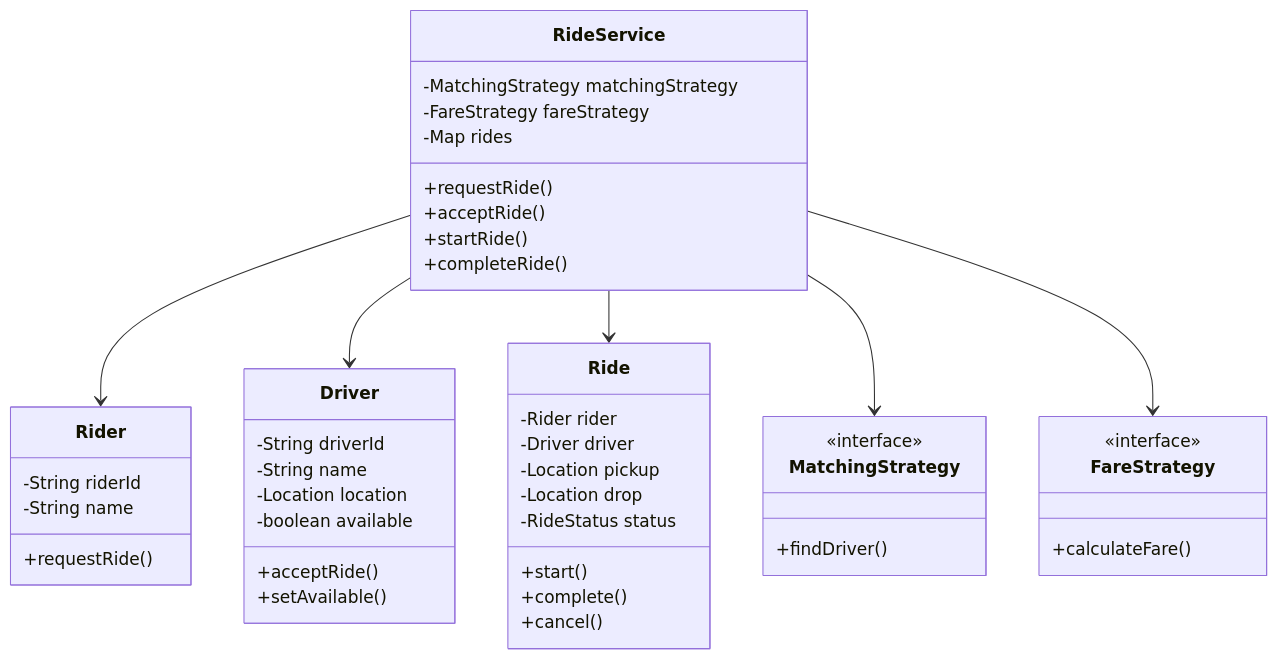
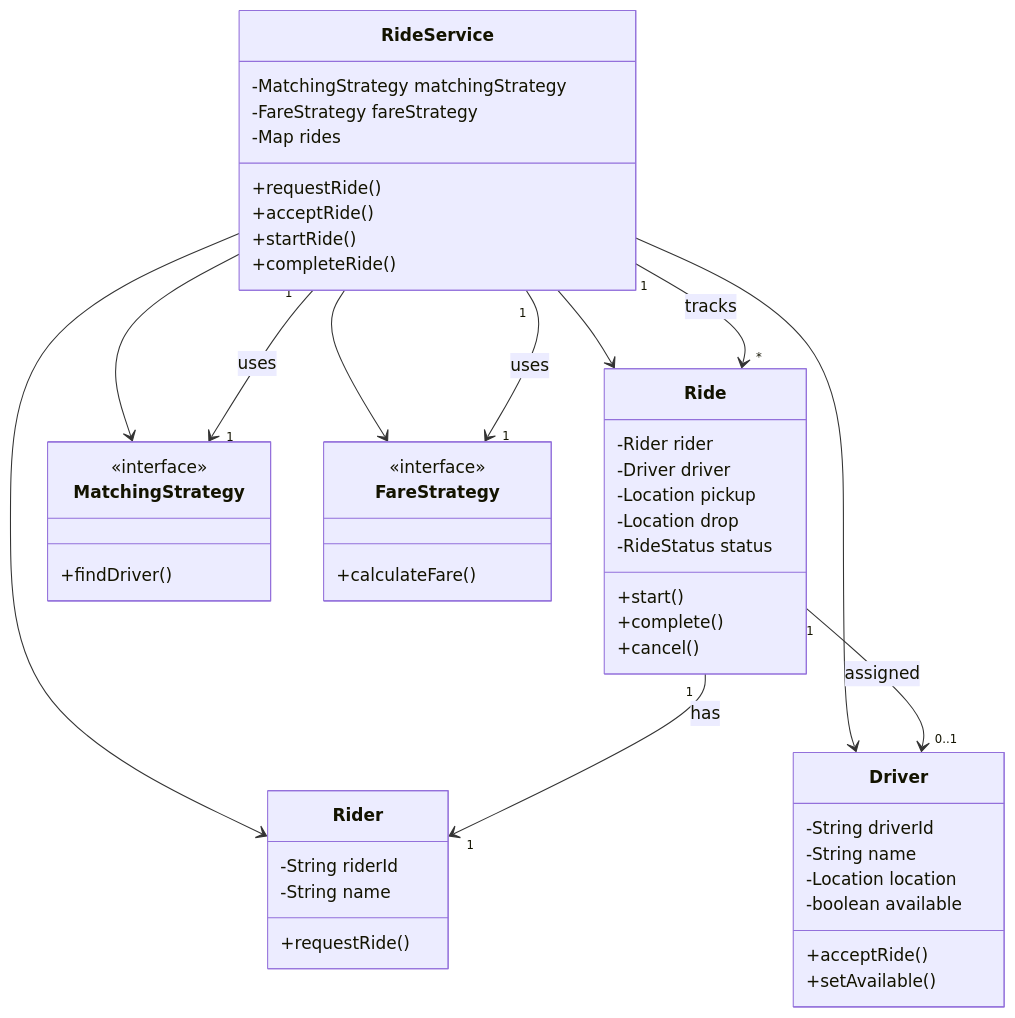
One commit to mthaiseer/springcloud-systemdesign-notes changed diagram 16 of 19 in LLD_NOTES/lld_visual_java_reference_mermaid_full_implementation.md. Above: the diagram before and after it, drawn with Mermaid. The commit also changed other lines of this file, not shown here.

````diff
--- a/LLD_NOTES/lld_visual_java_reference_mermaid_full_implementation.md
+++ b/LLD_NOTES/lld_visual_java_reference_mermaid_full_implementation.md
@@ -3056,48 +3549,54 @@
 ```mermaid
 classDiagram
   class RideService {
     -MatchingStrategy matchingStrategy
     -FareStrategy fareStrategy
     -Map rides
     +requestRide()
     +acceptRide()
     +startRide()
     +completeRide()
   }
   class Rider {
     -String riderId
     -String name
     +requestRide()
   }
   class Driver {
     -String driverId
     -String name
     -Location location
     -boolean available
     +acceptRide()
     +setAvailable()
   }
   class Ride {
     -Rider rider
     -Driver driver
     -Location pickup
     -Location drop
     -RideStatus status
     +start()
     +complete()
     +cancel()
   }
   class MatchingStrategy {
     <<interface>>
     +findDriver()
   }
   class FareStrategy {
     <<interface>>
     +calculateFare()
   }
   RideService --> Rider
   RideService --> Driver
   RideService --> Ride
   RideService --> MatchingStrategy
   RideService --> FareStrategy
+  %% Cardinality relationships
+  RideService "1" --> "*" Ride : tracks
+  Ride "1" --> "1" Rider : has
+  Ride "1" --> "0..1" Driver : assigned
+  RideService "1" --> "1" MatchingStrategy : uses
+  RideService "1" --> "1" FareStrategy : uses
 ```
````
